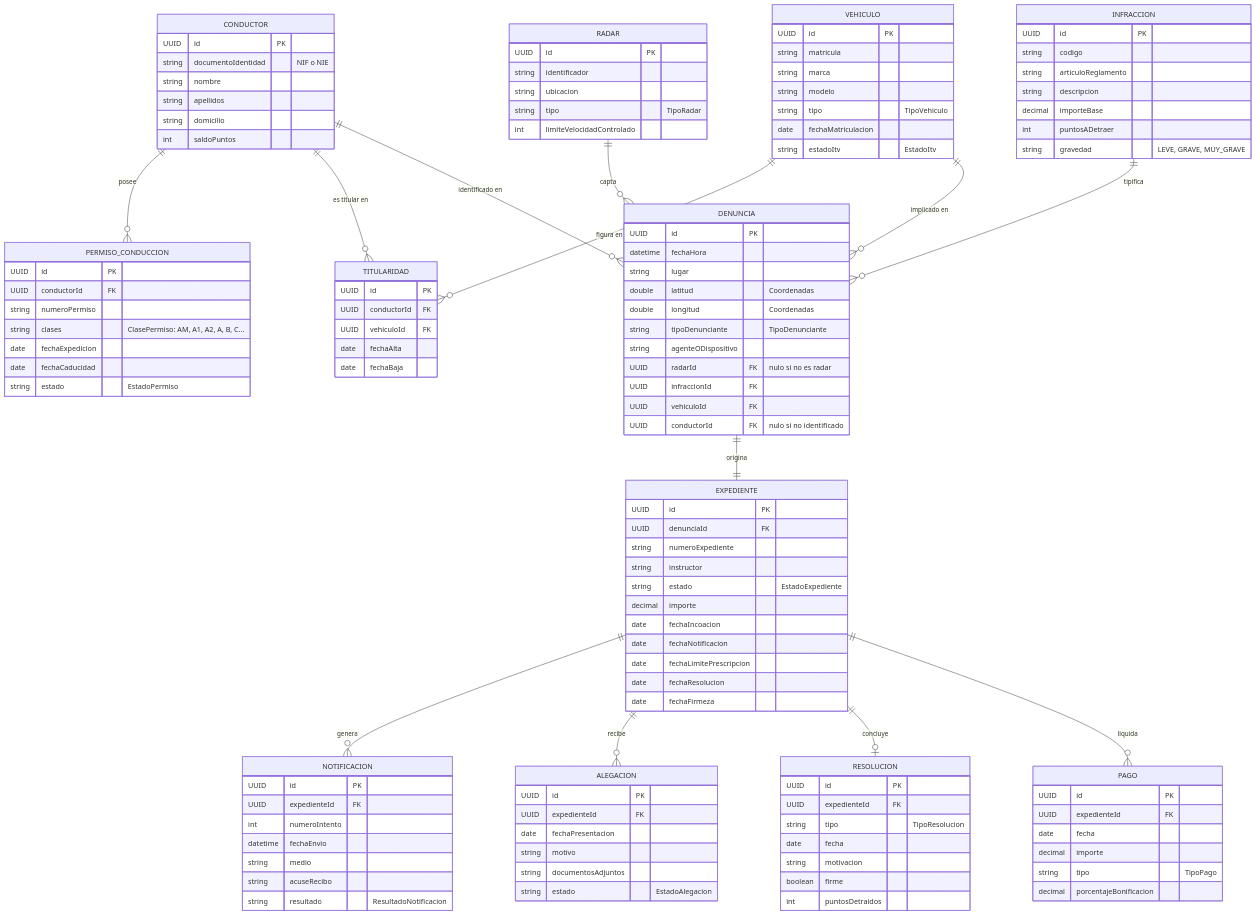
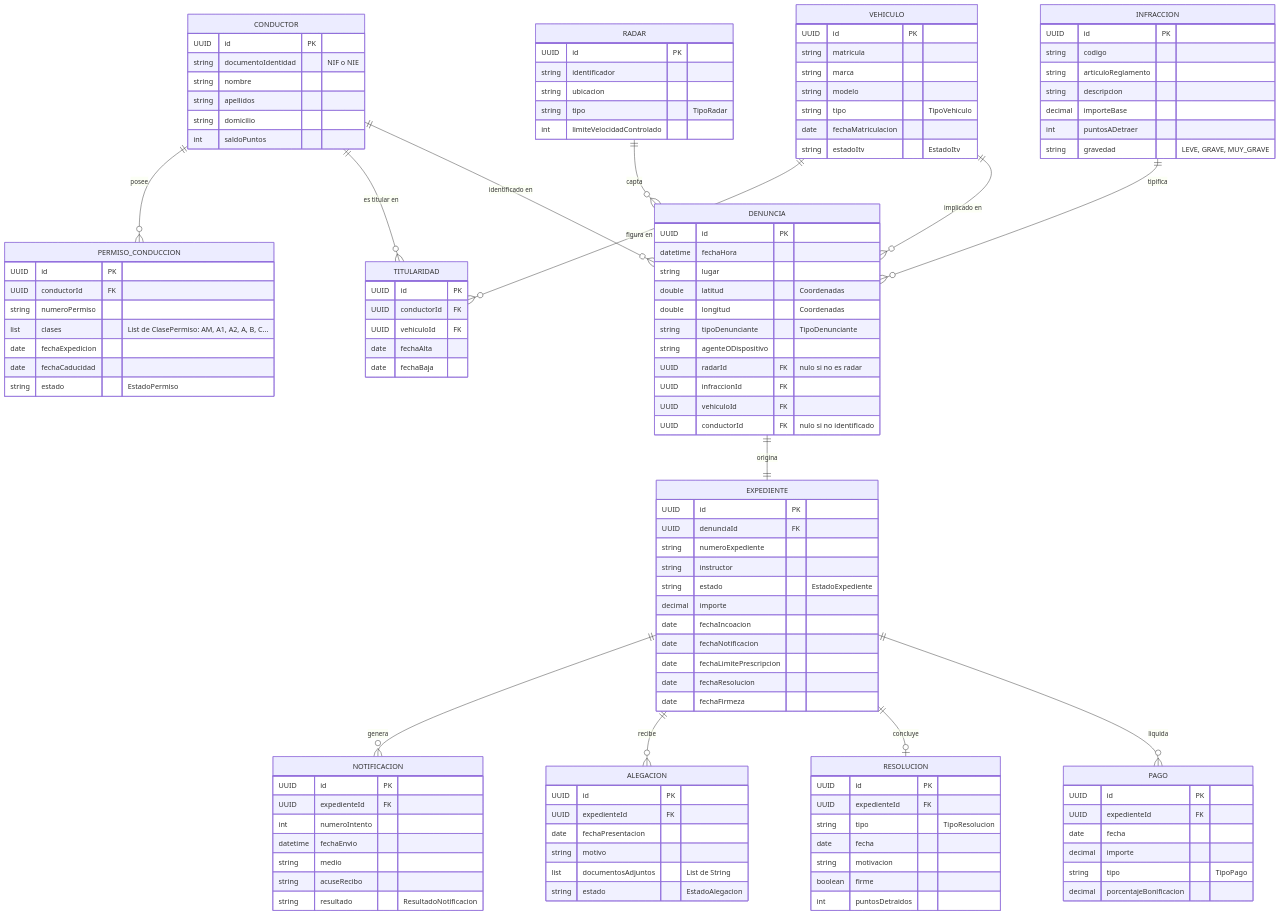
Before and after one commit to ProfesorPermuta/web-AD: the first of 2 diagrams in src/pages/tema-0/b-proyecto-multagal.md, drawn with Mermaid.

Commit message:
cambiadas er para mejorar listas por strings

```diff
--- a/src/pages/tema-0/b-proyecto-multagal.md
+++ b/src/pages/tema-0/b-proyecto-multagal.md
@@ -91,7 +91,7 @@
         UUID id PK
         UUID conductorId FK
         string numeroPermiso
-        string clases "ClasePermiso: AM, A1, A2, A, B, C..."
+        list clases "List de ClasePermiso: AM, A1, A2, A, B, C..."
         date fechaExpedicion
         date fechaCaducidad
         string estado "EstadoPermiso"
@@ -168,7 +168,7 @@
         UUID expedienteId FK
         date fechaPresentacion
         string motivo
-        string documentosAdjuntos
+        list documentosAdjuntos "List de String"
         string estado "EstadoAlegacion"
     }
     RESOLUCION {
```
